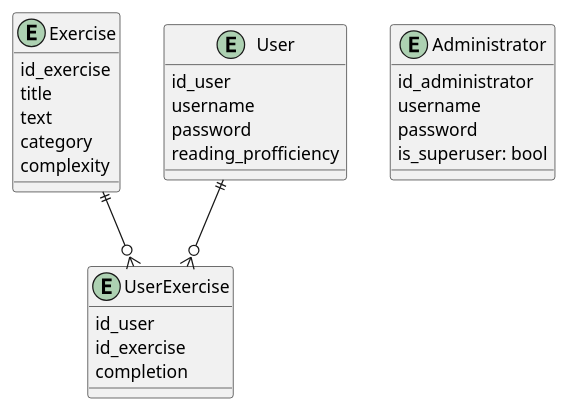
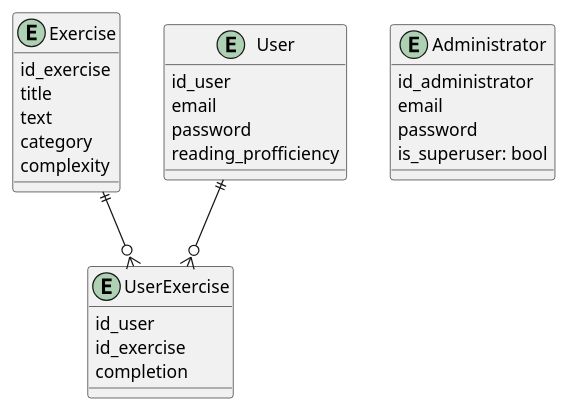
The diagram in er.plantuml (vvihorev/readingApp-junk), drawn with PlantUML before and after one commit. The commit also changed 2 other files, not shown here.

```diff
--- a/er.plantuml
+++ b/er.plantuml
@@ -1,33 +1,33 @@
 @startuml
 
 entity Exercise {
     id_exercise
     title
     text
     category
     complexity
 }
 
 entity User {
     id_user
-    username
+    email
     password
     reading_profficiency
 }
 
 entity UserExercise {
     id_user
     id_exercise
     completion
 }
 
 entity Administrator {
     id_administrator
-    username
+    email
     password
     is_superuser: bool
 }
 
 User ||--o{ UserExercise
 Exercise ||--o{ UserExercise
 @enduml
```
